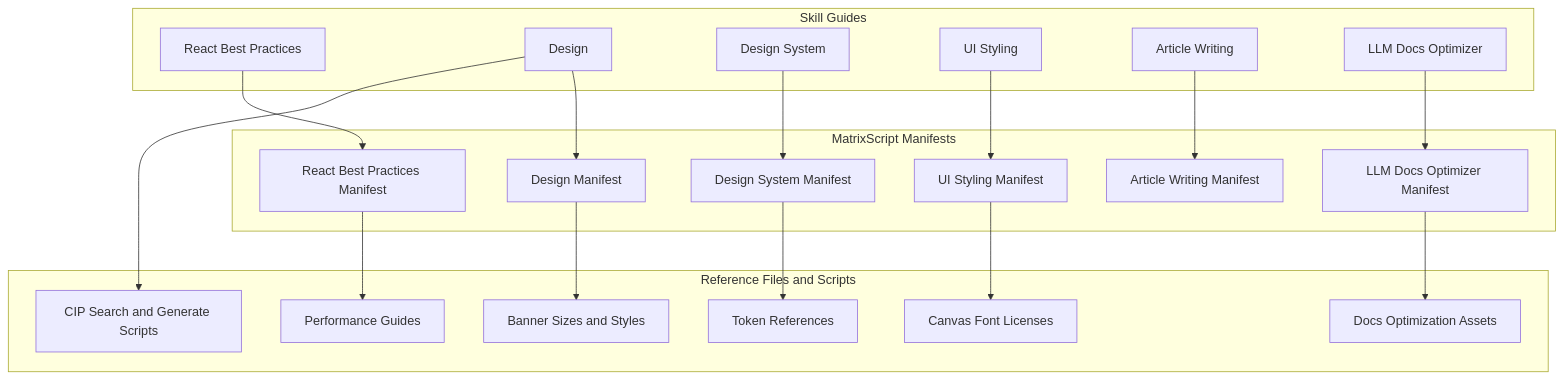
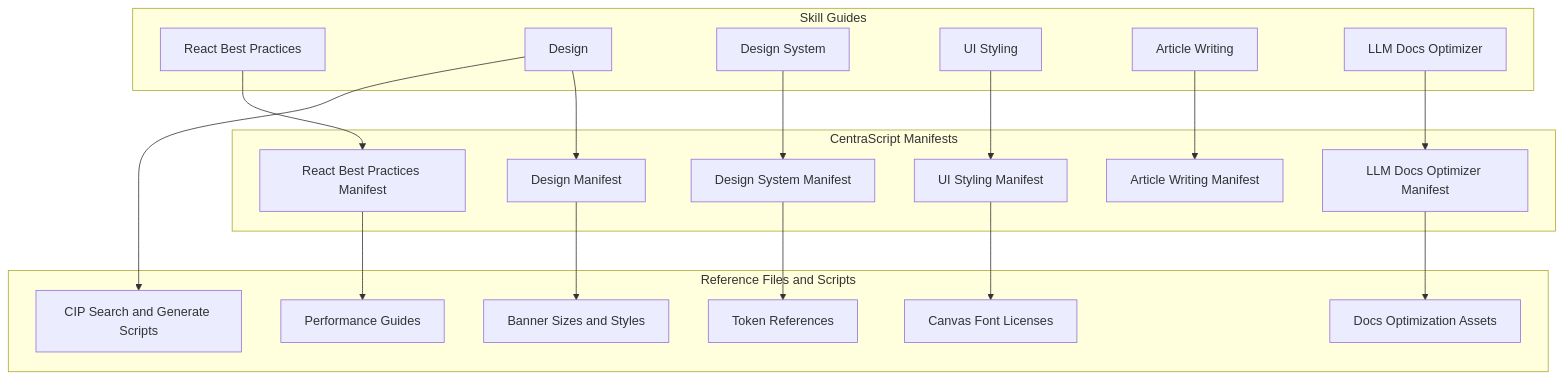
One commit to paxlabs-inc/matrix-core changed the diagram in docs/skills-docs/Skills Agent Packs and Knowledge Assets/React design design-system styling and technical writing skills.md. Above: the diagram before and after it, drawn with Mermaid. The commit also changed other lines of this file and 1751 other files, not shown here.

First line of the commit message:
Rebrand Matrix → Centra AI, PaxLabs → Sidiora Labs across documentation, workflows, configs, and package metadata

````diff
--- a/docs/skills-docs/Skills Agent Packs and Knowledge Assets/React design design-system styling and technical writing skills.md
+++ b/docs/skills-docs/Skills Agent Packs and Knowledge Assets/React design design-system styling and technical writing skills.md
@@ -11,37 +11,37 @@
 ```mermaid
 flowchart TB
     subgraph guides [Skill Guides]
         react[React Best Practices]
         design[Design]
         designSystem[Design System]
         ui[UI Styling]
         article[Article Writing]
         optimizer[LLM Docs Optimizer]
     end
 
-    subgraph manifests [MatrixScript Manifests]
+    subgraph manifests [CentraScript Manifests]
         reactM[React Best Practices Manifest]
         designM[Design Manifest]
         designSystemM[Design System Manifest]
         uiM[UI Styling Manifest]
         articleM[Article Writing Manifest]
         optimizerM[LLM Docs Optimizer Manifest]
     end
 
     subgraph assets [Reference Files and Scripts]
         perf[Performance Guides]
         banner[Banner Sizes and Styles]
         tokens[Token References]
         fonts[Canvas Font Licenses]
         docs[Docs Optimization Assets]
         cip[CIP Search and Generate Scripts]
     end
 
     react --> reactM --> perf
     design --> designM --> banner
     design --> cip
     designSystem --> designSystemM --> tokens
     ui --> uiM --> fonts
     article --> articleM
     optimizer --> optimizerM --> docs
 ```
````
